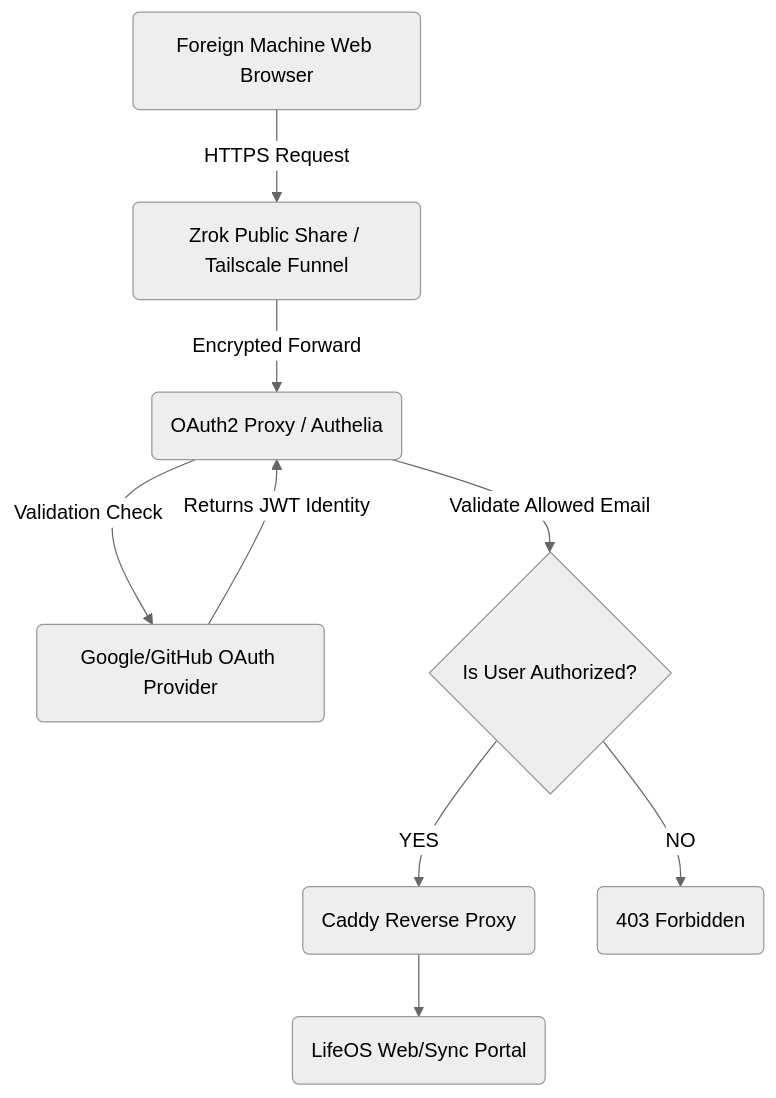
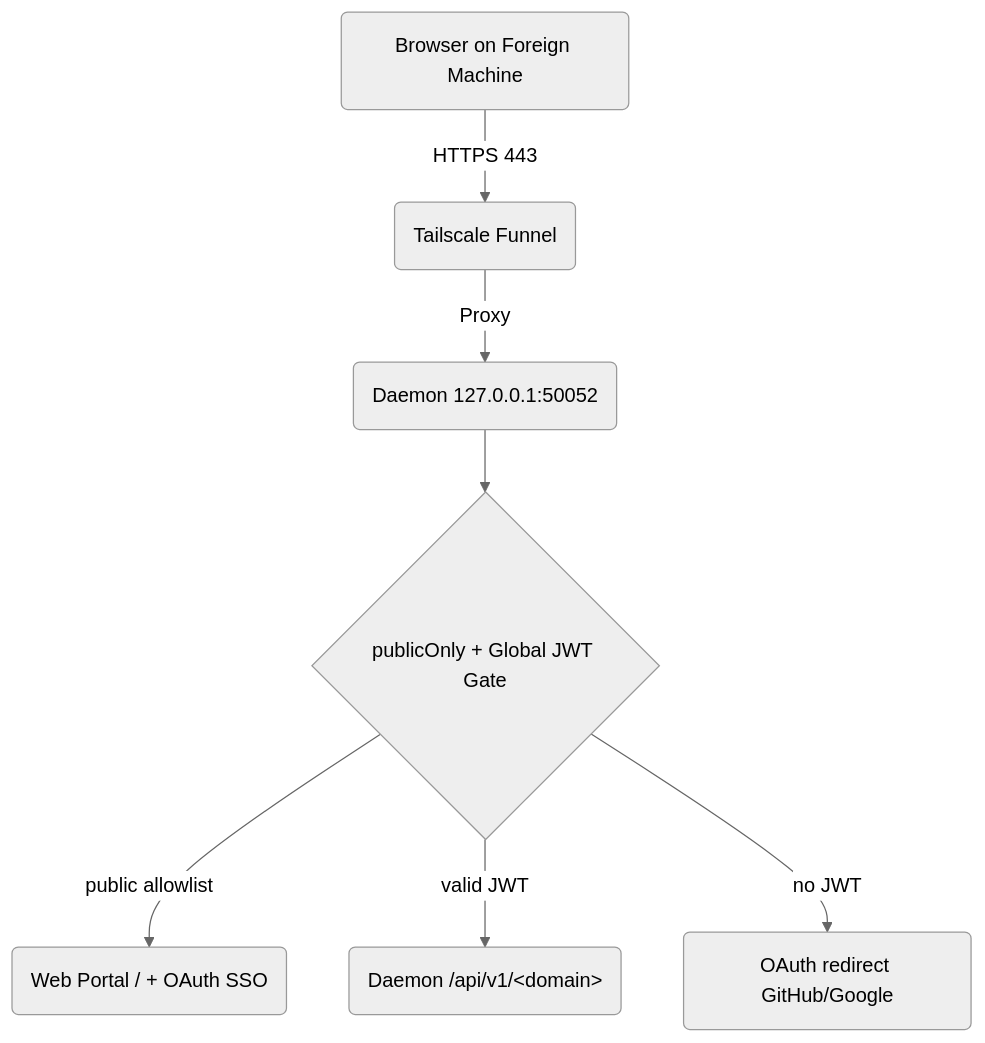
Before and after one commit to Siaftoulis/LifeOS: the diagram in vault/04 - LifeOS DevDocs/WEB_FAILSAFE.md, drawn with Mermaid (neutral theme). The commit also changed other lines of this file and 118 other files, not shown here.

````diff
--- a/vault/04 - LifeOS DevDocs/WEB_FAILSAFE.md
+++ b/vault/04 - LifeOS DevDocs/WEB_FAILSAFE.md
@@ -15,15 +28,9 @@
 ```mermaid
 graph TD
-    User(Foreign Machine Web Browser) -->|HTTPS Request| InboundTunnel(Zrok Public Share / Tailscale Funnel)
-    InboundTunnel -->|Encrypted Forward| AuthProxy(OAuth2 Proxy / Authelia)
-    
-    AuthProxy -->|Validation Check| IdP(Google/GitHub OAuth Provider)
-    IdP -->|Returns JWT Identity| AuthProxy
-    
-    AuthProxy -->|Validate Allowed Email| ACL{Is User Authorized?}
-    
-    ACL -- YES --> CaddyProxy(Caddy Reverse Proxy)
-    ACL -- NO --> Block(403 Forbidden)
-    
-    CaddyProxy --> WebApp(LifeOS Web/Sync Portal)
+    User(Browser on Foreign Machine) -->|"HTTPS 443"| Funnel(Tailscale Funnel)
+    Funnel -->|"Proxy"| Upstream(Daemon 127.0.0.1:50052)
+    Upstream --> Gate{publicOnly + Global JWT Gate}
+    Gate -- "public allowlist" --> Web(Web Portal / + OAuth SSO)
+    Gate -- "valid JWT" --> Api(Daemon /api/v1/&lt;domain&gt;)
+    Gate -- "no JWT" --> Login(OAuth redirect GitHub/Google)
 ```
````
